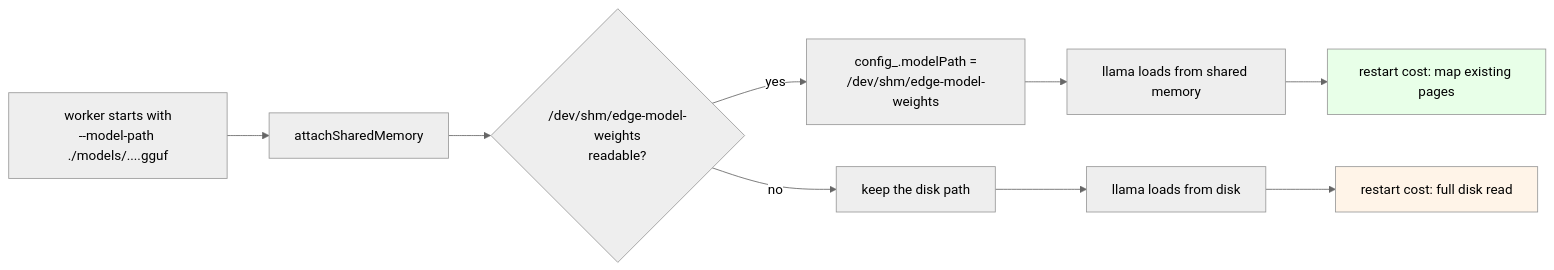
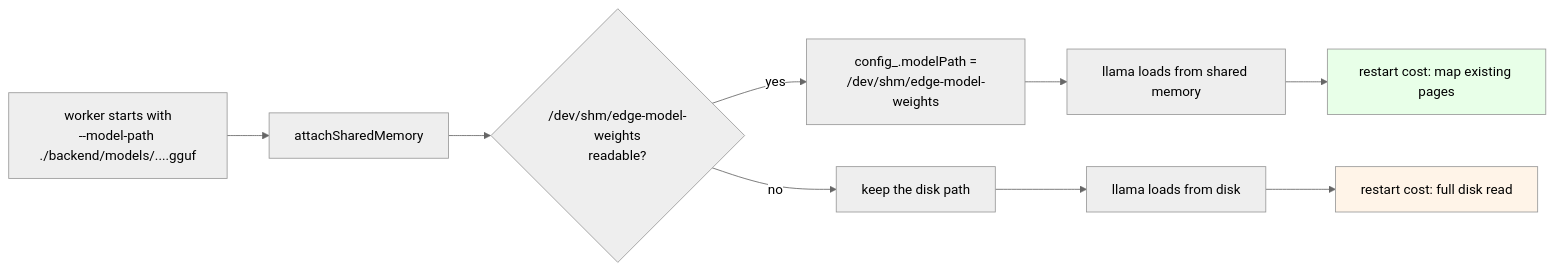
One commit to prawesh-12/serveInfer changed diagram 22 of 27 in docs/serveInfer_DOCUMENTATION.md. Above: the diagram before and after it, drawn with Mermaid (neutral theme). The commit also changed other lines of this file and 1427 other files, not shown here.

````diff
--- a/docs/serveInfer_DOCUMENTATION.md
+++ b/docs/serveInfer_DOCUMENTATION.md
@@ -1600,14 +1600,14 @@
 ```mermaid
 flowchart LR
-    A["worker starts with<br/>--model-path ./models/....gguf"] --> B["attachSharedMemory"]
+    A["worker starts with<br/>--model-path ./backend/models/....gguf"] --> B["attachSharedMemory"]
     B --> C{"/dev/shm/edge-model-weights<br/>readable?"}
     C -- yes --> D["config_.modelPath =<br/>/dev/shm/edge-model-weights"]
     C -- no --> E["keep the disk path"]
     D --> F["llama loads from shared memory"]
     E --> G["llama loads from disk"]
     F --> H["restart cost: map existing pages"]
     G --> I["restart cost: full disk read"]
 
     style H fill:#e8ffe8
     style I fill:#fff4e8
 ```
````
